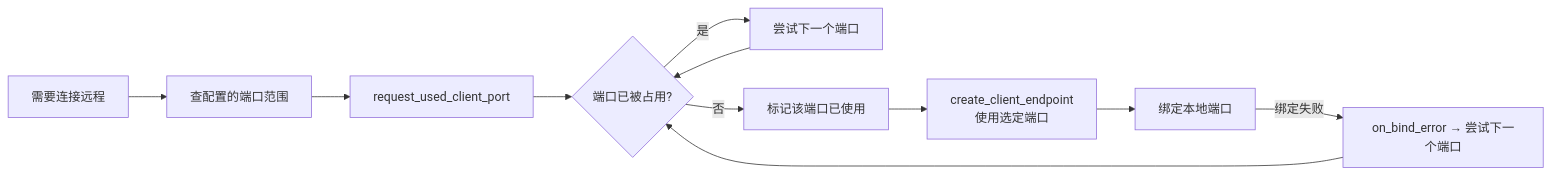
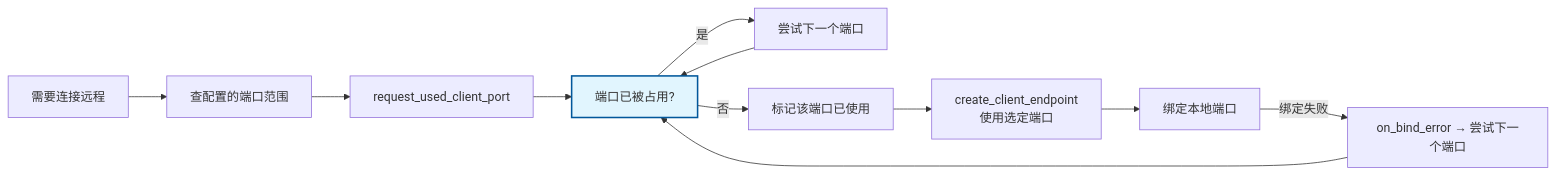
One commit to zhuhairong/vsomeip changed diagram 20 of 21 in zhr/readme_ep.md. Above: the diagram before and after it, drawn with Mermaid. The commit also changed other lines of this file, not shown here.

First line of the commit message:
docs(readme_ep): 更新Mermaid图表样式增强可读性

````diff
--- a/zhr/readme_ep.md
+++ b/zhr/readme_ep.md
@@ -838,13 +859,17 @@
 ```mermaid
 flowchart LR
+    classDef decision fill:#e1f5fe,stroke:#01579b,stroke-width:2px
+
     A[需要连接远程] --> B[查配置的端口范围]
     B --> C[request_used_client_port]
-    C --> D{"端口已被占用?"}
+    C --> D["端口已被占用?"]
     D -->|是| E[尝试下一个端口]
     D -->|否| F[标记该端口已使用]
     E --> D
     F --> G[create_client_endpoint<br/>使用选定端口]
     G --> H[绑定本地端口]
+
+    class D decision
     H -->|绑定失败| I[on_bind_error → 尝试下一个端口]
     I --> D
 ```
````
